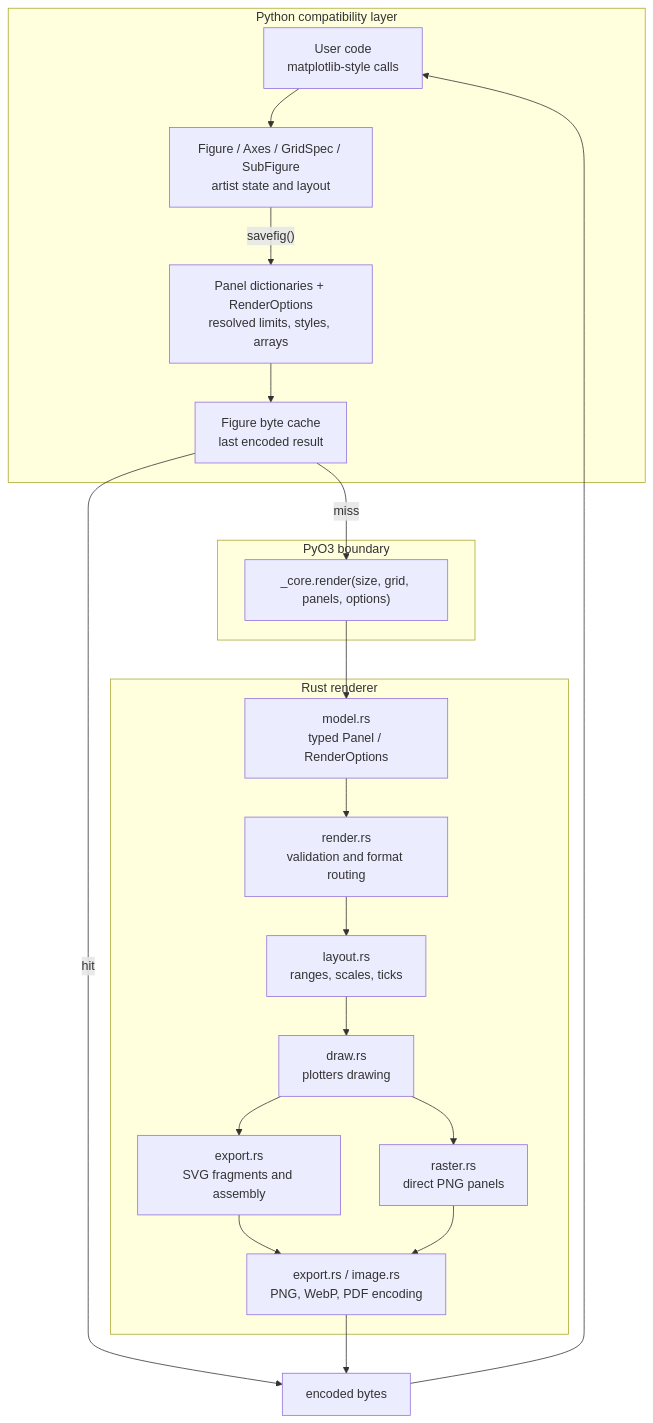
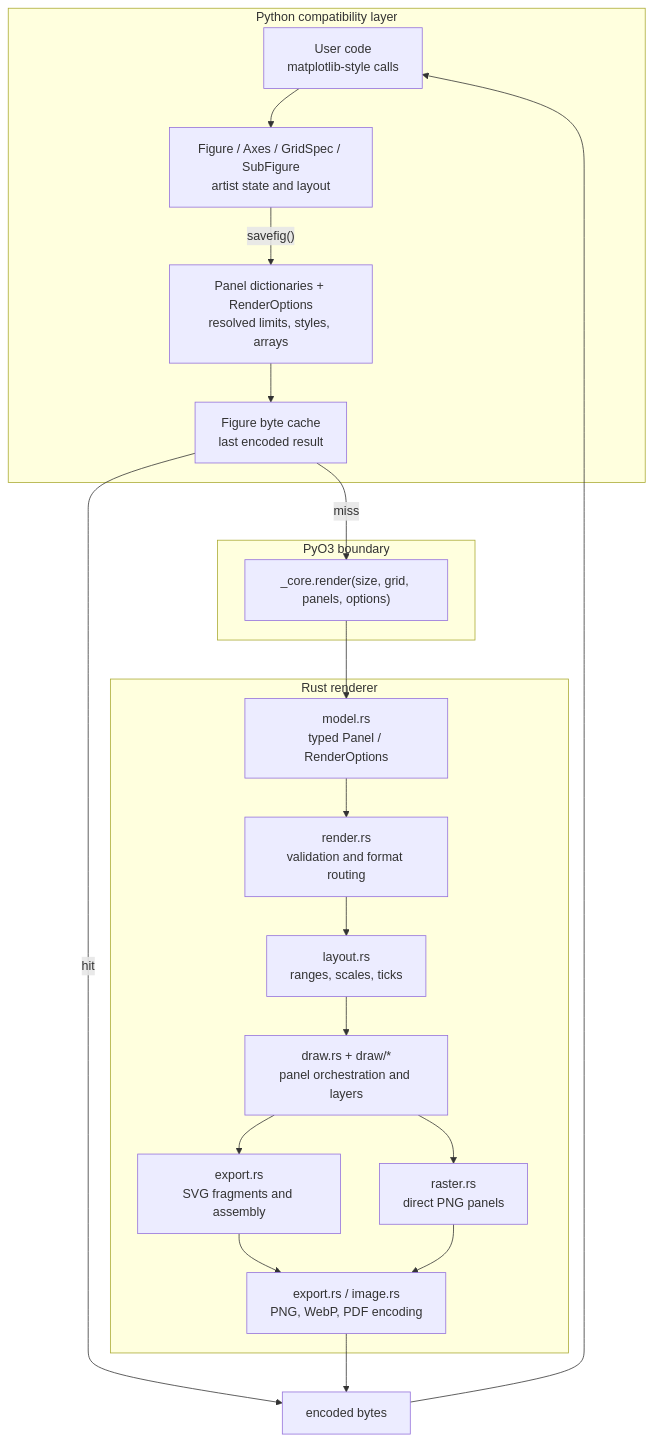
One commit to kassoulet/matplotvite changed the first of 3 diagrams in architecture.md. Above: the diagram before and after it, drawn with Mermaid. The commit also changed other lines of this file, not shown here.

First line of the commit message:
Refresh the architecture module map

````diff
--- a/architecture.md
+++ b/architecture.md
@@ -15,40 +15,40 @@
 ```mermaid
 flowchart TB
     subgraph PY["Python compatibility layer"]
         USER["User code<br/>matplotlib-style calls"]
         API["Figure / Axes / GridSpec / SubFigure<br/>artist state and layout"]
         PANEL["Panel dictionaries + RenderOptions<br/>resolved limits, styles, arrays"]
         CACHE["Figure byte cache<br/>last encoded result"]
         USER --> API
         API -->|"savefig()"| PANEL
         PANEL --> CACHE
     end
 
     subgraph FFI["PyO3 boundary"]
         ENTRY["_core.render(size, grid, panels, options)"]
     end
 
     CACHE -->|"hit"| BYTES["encoded bytes"]
     CACHE -->|"miss"| ENTRY
 
     subgraph RS["Rust renderer"]
         MODEL["model.rs<br/>typed Panel / RenderOptions"]
         CHECK["render.rs<br/>validation and format routing"]
         LAYOUT["layout.rs<br/>ranges, scales, ticks"]
-        DRAW["draw.rs<br/>plotters drawing"]
+        DRAW["draw.rs + draw/*<br/>panel orchestration and layers"]
         SVG["export.rs<br/>SVG fragments and assembly"]
         BITMAP["raster.rs<br/>direct PNG panels"]
         ENCODE["export.rs / image.rs<br/>PNG, WebP, PDF encoding"]
         ENTRY --> MODEL
         MODEL --> CHECK
         CHECK --> LAYOUT
         LAYOUT --> DRAW
         DRAW --> SVG
         DRAW --> BITMAP
         SVG --> ENCODE
         BITMAP --> ENCODE
     end
 
     BYTES --> USER
     ENCODE --> BYTES
 ```
````
